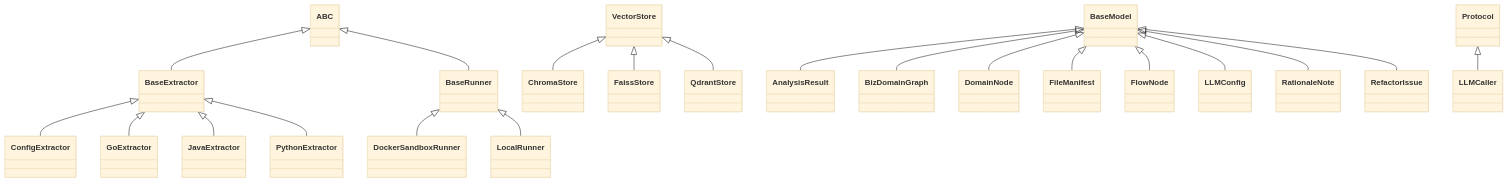
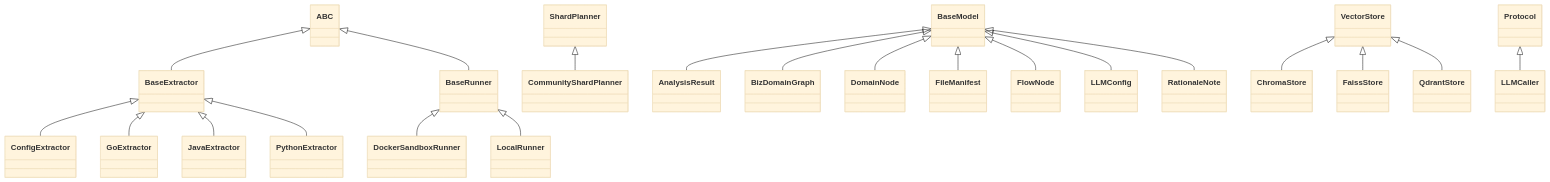
Before and after one commit to actions-marketplace-validations/unrealandychan_rekipedia: the diagram in docs/wiki/diagrams/class-hierarchy.md, drawn with Mermaid (base theme). The commit also changed 9 other files, not shown here.

````diff
--- a/docs/wiki/diagrams/class-hierarchy.md
+++ b/docs/wiki/diagrams/class-hierarchy.md
@@ -1,23 +1,23 @@
 ```mermaid
 classDiagram
   BaseModel <|-- AnalysisResult
   ABC <|-- BaseExtractor
   ABC <|-- BaseRunner
   BaseModel <|-- BizDomainGraph
   VectorStore <|-- ChromaStore
+  ShardPlanner <|-- CommunityShardPlanner
   BaseExtractor <|-- ConfigExtractor
   BaseRunner <|-- DockerSandboxRunner
   BaseModel <|-- DomainNode
   VectorStore <|-- FaissStore
   BaseModel <|-- FileManifest
   BaseModel <|-- FlowNode
   BaseExtractor <|-- GoExtractor
   BaseExtractor <|-- JavaExtractor
   Protocol <|-- LLMCaller
   BaseModel <|-- LLMConfig
   BaseRunner <|-- LocalRunner
   BaseExtractor <|-- PythonExtractor
   VectorStore <|-- QdrantStore
   BaseModel <|-- RationaleNote
-  BaseModel <|-- RefactorIssue
 ```
````
